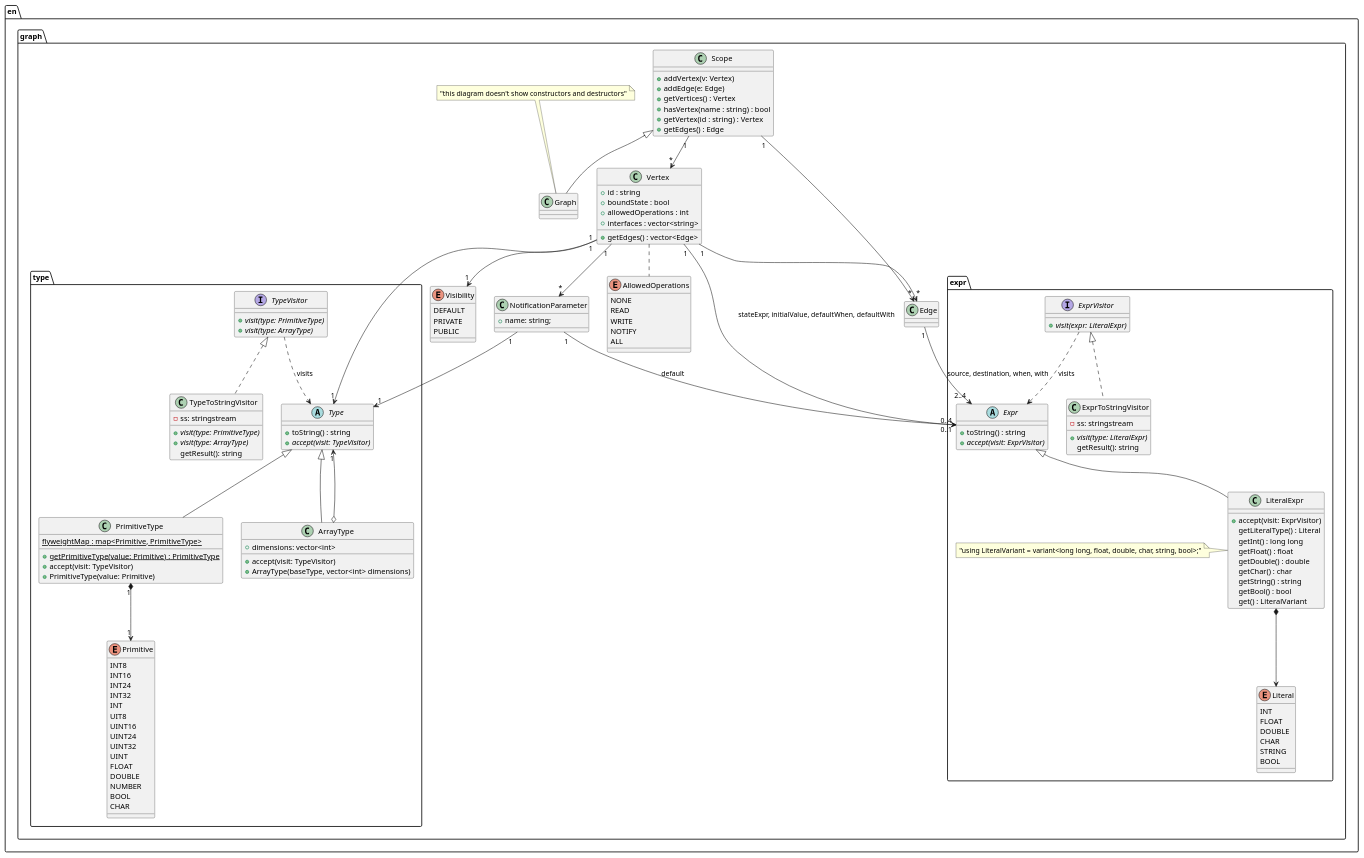
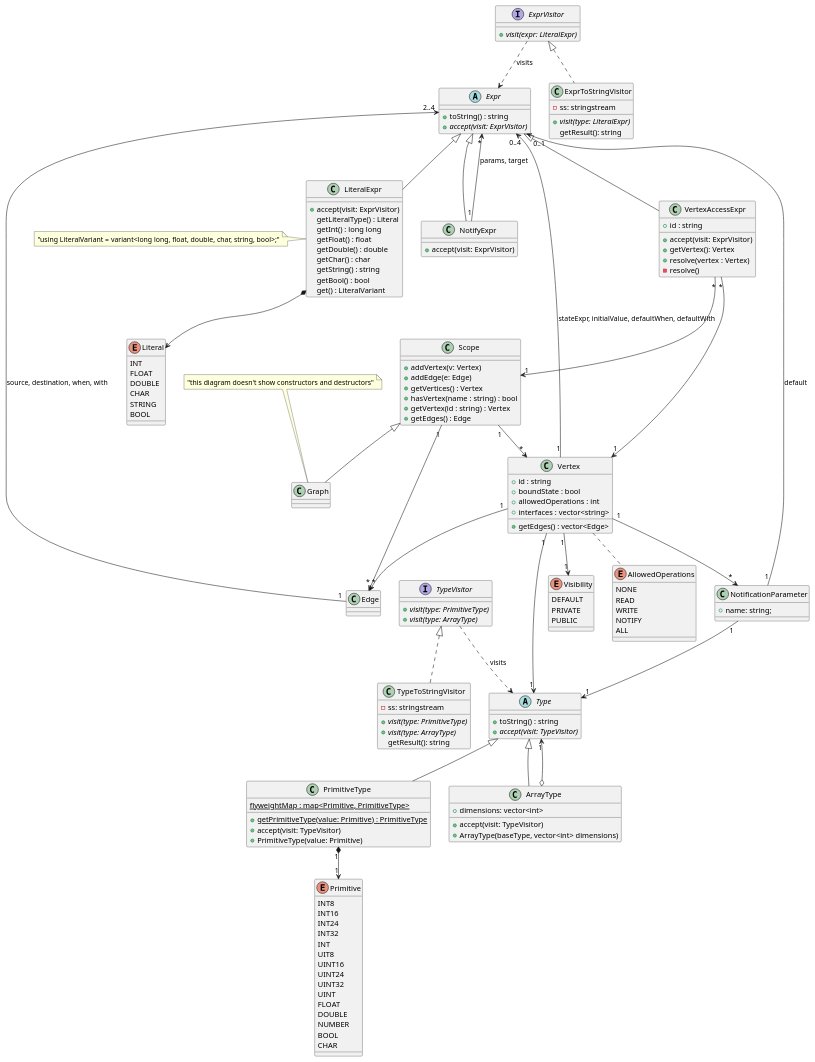
The diagram in specification and models/ENGraphClassDiagram.puml (LucasEBSkora/Gnocchi), drawn with PlantUML before and after one commit. The commit also changed 15 other files, not shown here.

Commit message:
Adds notify expr and vertex access expr

```diff
--- a/specification and models/ENGraphClassDiagram.puml
+++ b/specification and models/ENGraphClassDiagram.puml
@@ -1,169 +1,178 @@
 @startuml "class"
 
-package en {
+abstract class Type {
+  + toString() : string
+  {abstract} + accept(visit: TypeVisitor)
+}
 
-  package graph {
+class PrimitiveType extends Type {
+  {static} flyweightMap : map<Primitive, PrimitiveType>
+  {static} + getPrimitiveType(value: Primitive) : PrimitiveType
+  + accept(visit: TypeVisitor)
+  + PrimitiveType(value: Primitive)
+}
 
-    package type {
-      abstract class Type {
-        + toString() : string
-        {abstract} + accept(visit: TypeVisitor)
-      }
+PrimitiveType "1" *--> "1" Primitive
 
-      class PrimitiveType extends Type {
-        {static} flyweightMap : map<Primitive, PrimitiveType>
-        {static} + getPrimitiveType(value: Primitive) : PrimitiveType
-        + accept(visit: TypeVisitor)
-        + PrimitiveType(value: Primitive)
-      }
+enum Primitive {
+  INT8
+  INT16
+  INT24
+  INT32
+  INT
+  UIT8
+  UINT16
+  UINT24
+  UINT32
+  UINT
+  FLOAT
+  DOUBLE
+  NUMBER
+  BOOL
+  CHAR
+}
 
-      PrimitiveType "1" *--> "1" Primitive
+class ArrayType extends Type {
+  + dimensions: vector<int>
+  + accept(visit: TypeVisitor)
+  + ArrayType(baseType, vector<int> dimensions)
+}
 
-      enum Primitive {
-        INT8
-        INT16
-        INT24
-        INT32
-        INT
-        UIT8
-        UINT16
-        UINT24
-        UINT32
-        UINT
-        FLOAT
-        DOUBLE
-        NUMBER
-        BOOL
-        CHAR
-      }
+ArrayType o--> "1" Type
 
-      class ArrayType extends Type {
-        + dimensions: vector<int>
-        + accept(visit: TypeVisitor)
-        + ArrayType(baseType, vector<int> dimensions)
-      }
+interface TypeVisitor {
+  {abstract} + visit(type: PrimitiveType)
+  {abstract} + visit(type: ArrayType)
+}
 
-      ArrayType o--> "1" Type
+TypeVisitor ..> Type : visits
 
-      interface TypeVisitor {
-        {abstract} + visit(type: PrimitiveType)
-        {abstract} + visit(type: ArrayType)
-      }
-
-      TypeVisitor ..> Type : visits
-
-      class TypeToStringVisitor implements TypeVisitor {
-        - ss: stringstream
-        {abstract} + visit(type: PrimitiveType)
-        {abstract} + visit(type: ArrayType)
-        getResult(): string
-      }
-
-    }
-
-    package expr {
-      abstract class Expr {
-        +toString() : string
-        {abstract} + accept(visit: ExprVisitor)
-      }
-
-      enum Literal {
-        INT
-        FLOAT
-        DOUBLE
-        CHAR
-        STRING
-        BOOL
-      }
+class TypeToStringVisitor implements TypeVisitor {
+  - ss: stringstream
+  {abstract} + visit(type: PrimitiveType)
+  {abstract} + visit(type: ArrayType)
+  getResult(): string
+}
 
 
-      class LiteralExpr extends Expr {
-        + accept(visit: ExprVisitor)
-        getLiteralType() : Literal
-        getInt() : long long
-        getFloat() : float
-        getDouble() : double
-        getChar() : char
-        getString() : string
-        getBool() : bool
-        get() : LiteralVariant
-      }
+abstract class Expr {
+  +toString() : string
+  {abstract} + accept(visit: ExprVisitor)
+}
 
-      LiteralExpr *--> Literal
+enum Literal {
+  INT
+  FLOAT
+  DOUBLE
+  CHAR
+  STRING
+  BOOL
+}
 
-      note left of LiteralExpr : "using LiteralVariant = variant<long long, float, double, char, string, bool>;"
 
-      interface ExprVisitor {
-        {abstract} + visit(expr: LiteralExpr)
-      }
+class LiteralExpr extends Expr {
+  + accept(visit: ExprVisitor)
+  getLiteralType() : Literal
+  getInt() : long long
+  getFloat() : float
+  getDouble() : double
+  getChar() : char
+  getString() : string
+  getBool() : bool
+  get() : LiteralVariant
+}
 
-      ExprVisitor ..> Expr : visits
+LiteralExpr *--> Literal
 
-      class ExprToStringVisitor implements ExprVisitor {
-        - ss: stringstream
-        {abstract} + visit(type: LiteralExpr)
-        getResult(): string
-      }
+note left of LiteralExpr : "using LiteralVariant = variant<long long, float, double, char, string, bool>;"
 
-    }
+class VertexAccessExpr extends Expr {
+  + id : string
+  + accept(visit: ExprVisitor)
+  + getVertex(): Vertex
+  + resolve(vertex : Vertex)
+  - resolve()
+}
 
-    enum Visibility
-    {
-      DEFAULT
-      PRIVATE
-      PUBLIC
-    }
+VertexAccessExpr "*" --> "1" Scope
+VertexAccessExpr "*" --> "1" Vertex
 
-    class Graph extends Scope
+class NotifyExpr extends Expr {
+  + accept(visit: ExprVisitor)
+}
 
-    class Scope {
-      + addVertex(v: Vertex)
-      + addEdge(e: Edge)
-      + getVertices() : Vertex
-      + hasVertex(name : string) : bool
-      + getVertex(id : string) : Vertex
-      + getEdges() : Edge
-    }
+NotifyExpr "1" --> "*" Expr : params, target
 
-    Scope "1" -->  "*" Vertex
-    Scope "1" -->  "*" Edge
 
-    enum AllowedOperations
-    {
-      NONE
-      READ
-      WRITE
-      NOTIFY
-      ALL
-    }
 
-    class Vertex {
-      + id : string
-      + boundState : bool
-      + allowedOperations : int
-      + interfaces : vector<string>
-      + getEdges() : vector<Edge>
-    }
+interface ExprVisitor {
+  {abstract} + visit(expr: LiteralExpr)
+}
 
-    Vertex "1" --> "1" Visibility
-    Vertex "1" --> "1" type.Type
-    Vertex "1" --> "*" NotificationParameter
-    Vertex "1" --> "0..4" expr.Expr : stateExpr, initialValue, defaultWhen, defaultWith
-    Vertex "1" --> "*" Edge
-    Vertex .. AllowedOperations
+ExprVisitor ..> Expr : visits
 
-    class Edge
-    Edge "1" --> "2..4" expr.Expr: source, destination, when, with
+class ExprToStringVisitor implements ExprVisitor {
+  - ss: stringstream
+  {abstract} + visit(type: LiteralExpr)
+  getResult(): string
+}
 
-    class NotificationParameter
-    {
-      + name: string;
-    }
+enum Visibility
+{
+  DEFAULT
+  PRIVATE
+  PUBLIC
+}
 
-    NotificationParameter "1" --> "1" Type
-    NotificationParameter "1" --> "0..1" Expr : default
+class Graph extends Scope
 
-    note top of Graph : "this diagram doesn't show constructors and destructors"
-  }
+class Scope {
+  + addVertex(v: Vertex)
+  + addEdge(e: Edge)
+  + getVertices() : Vertex
+  + hasVertex(name : string) : bool
+  + getVertex(id : string) : Vertex
+  + getEdges() : Edge
 }
+
+Scope "1" -->  "*" Vertex
+Scope "1" -->  "*" Edge
+
+enum AllowedOperations
+{
+  NONE
+  READ
+  WRITE
+  NOTIFY
+  ALL
+}
+
+class Vertex {
+  + id : string
+  + boundState : bool
+  + allowedOperations : int
+  + interfaces : vector<string>
+  + getEdges() : vector<Edge>
+}
+
+Vertex "1" --> "1" Visibility
+Vertex "1" --> "1" Type
+Vertex "1" --> "*" NotificationParameter
+Vertex "1" --> "0..4" Expr : stateExpr, initialValue, defaultWhen, defaultWith
+Vertex "1" --> "*" Edge
+Vertex .. AllowedOperations
+
+class Edge
+Edge "1" --> "2..4" Expr: source, destination, when, with
+
+class NotificationParameter
+{
+  + name: string;
+}
+
+NotificationParameter "1" --> "1" Type
+NotificationParameter "1" --> "0..1" Expr : default
+
+note top of Graph : "this diagram doesn't show constructors and destructors"
+
 @enduml
```
